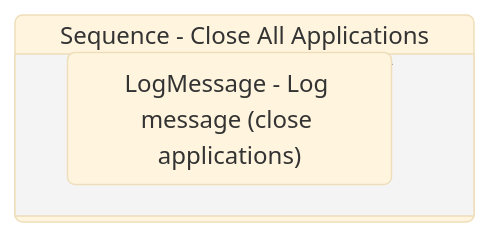
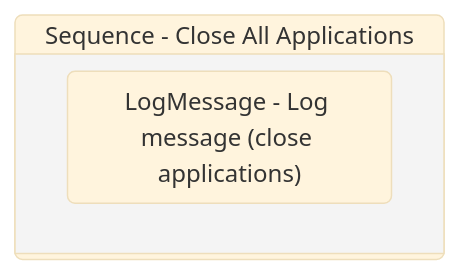
The diagram in Documentation/.templates/Performers/REFramework/Framework/CloseAllApplications.md (yashbrahmbhatt/LazyFramework), drawn with Mermaid (base theme) before and after one commit. The commit also changed other lines of this file and 83 other files, not shown here.

````diff
--- a/Documentation/.templates/Performers/REFramework/Framework/CloseAllApplications.md
+++ b/Documentation/.templates/Performers/REFramework/Framework/CloseAllApplications.md
@@ -85,10 +87,10 @@
 ```mermaid
 stateDiagram-v2
+
 
 Sequence_3: Sequence - Close All Applications
 state Sequence_3 {
 direction TB
 LogMessage_2 : LogMessage - Log message (close applications)
 }
-LogMessage_2 --> Sequence_3
 ```
````
